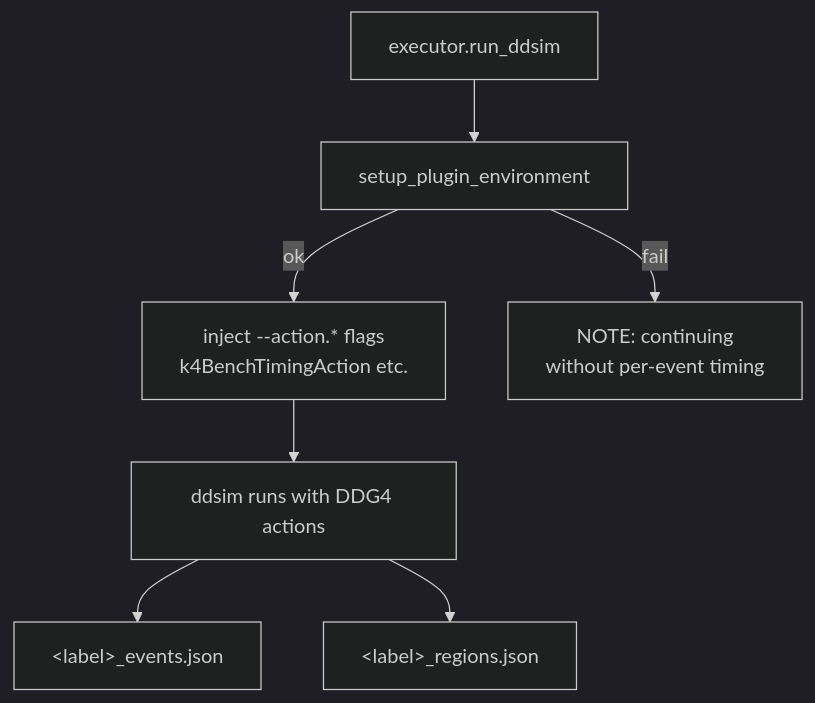
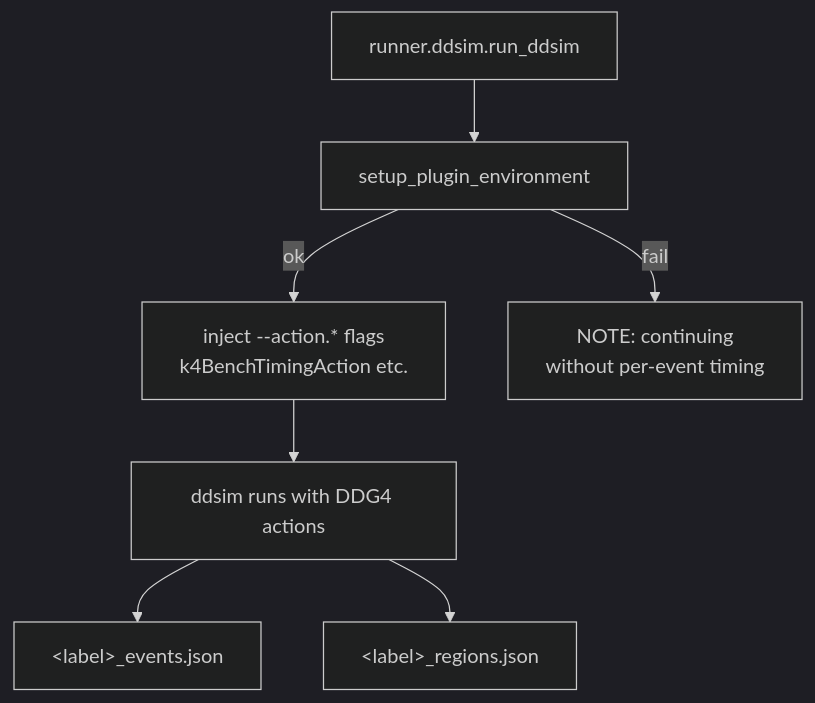
The diagram in docs/user-guide/features/timing-plugins.md (key4hep/k4Bench), drawn with Mermaid (dark theme) before and after one commit. The commit also changed other lines of this file and 41 other files, not shown here.

````diff
--- a/docs/user-guide/features/timing-plugins.md
+++ b/docs/user-guide/features/timing-plugins.md
@@ -42,9 +42,9 @@
 ```mermaid
 flowchart TD
-    EX[executor.run_ddsim] --> SP[setup_plugin_environment]
+    EX[runner.ddsim.run_ddsim] --> SP[setup_plugin_environment]
     SP -->|ok| AL["inject --action.* flags<br/>k4BenchTimingAction etc."]
     SP -->|fail| NO["NOTE: continuing<br/>without per-event timing"]
     AL --> DD[ddsim runs with DDG4 actions]
     DD --> EJSON["&lt;label&gt;_events.json"]
     DD --> RJSON["&lt;label&gt;_regions.json"]
 ```
````
